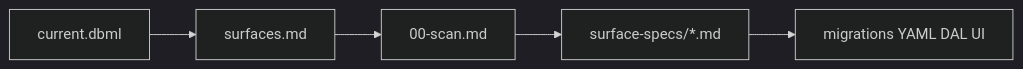
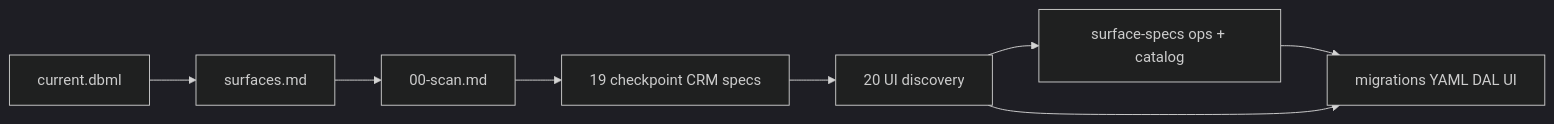
The diagram in apps/subhub/docs/surface-planning-depth.md (rebischoff/latch), drawn with Mermaid (dark theme) before and after one commit. The commit also changed other lines of this file and 170 other files, not shown here.

````diff
--- a/apps/subhub/docs/surface-planning-depth.md
+++ b/apps/subhub/docs/surface-planning-depth.md
@@ -47,12 +63,15 @@
 ```mermaid
 flowchart LR
   dbml[current.dbml]
   catalog[surfaces.md]
   scan[00-scan.md]
-  specs[surface-specs/*.md]
+  chk[19 checkpoint CRM specs]
+  discover[20 UI discovery]
+  specs[surface-specs ops + catalog]
   code[migrations YAML DAL UI]
-  dbml --> catalog
-  catalog --> scan
-  scan --> specs
+  dbml --> catalog --> scan --> chk
+  chk --> discover
+  discover --> specs
   specs --> code
+  discover --> code
 ```
````
